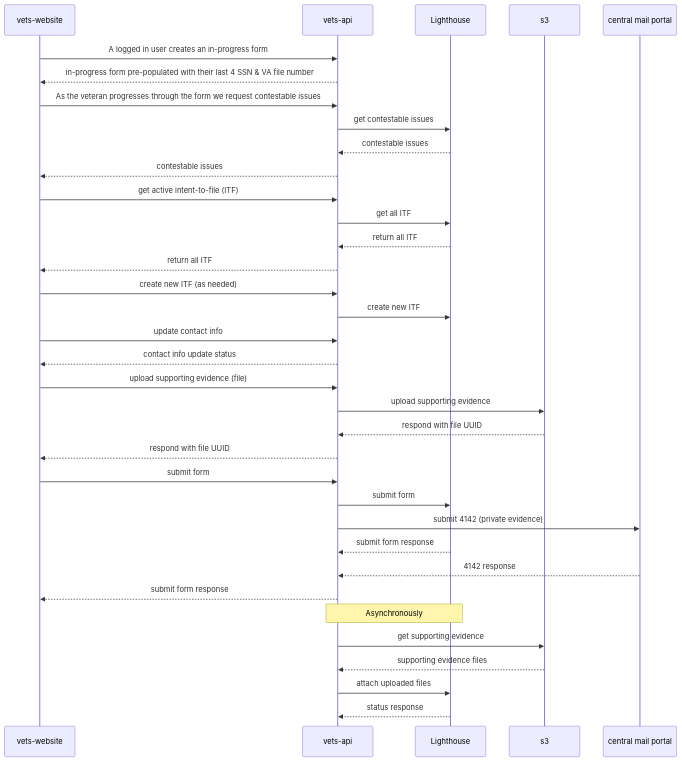
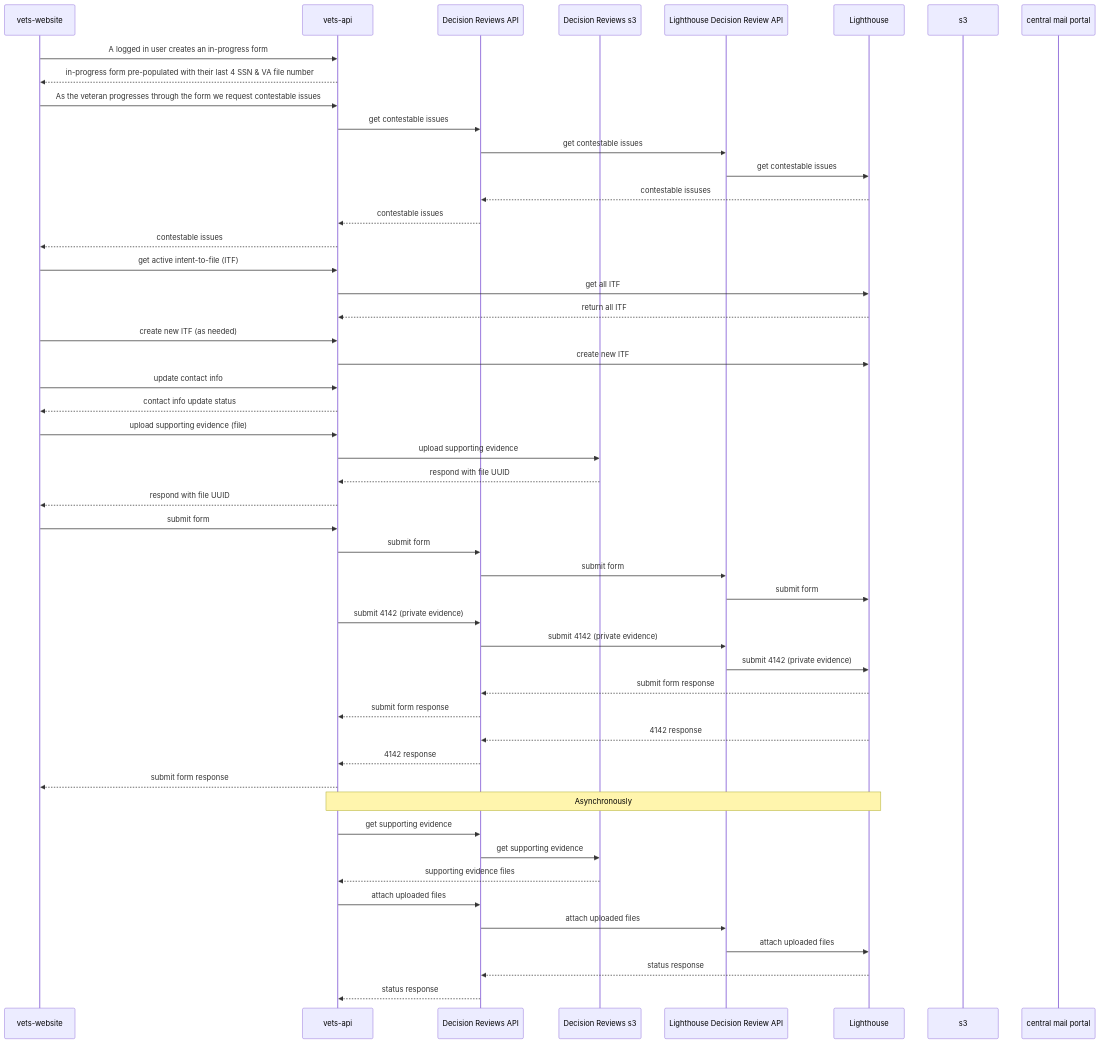
Before and after one commit to department-of-veterans-affairs/va.gov-team: the diagram in products/decision-reviews/Supplemental-Claims/engineering/SC_sequence_diagram.md, drawn with Mermaid. The commit also changed 2 other files, not shown here.

Commit message:
Update mermaid sequence diagram

````diff
--- a/products/decision-reviews/Supplemental-Claims/engineering/SC_sequence_diagram.md
+++ b/products/decision-reviews/Supplemental-Claims/engineering/SC_sequence_diagram.md
@@ -3,41 +3,64 @@
 ```mermaid
 sequenceDiagram
+  participant vets-website
+  participant vets-api
+  participant DecisionReviews as Decision Reviews API
+  participant DecisionReviewsS3 as Decision Reviews s3
+  participant LighthouseDr as Lighthouse Decision Review API
+  participant Lighthouse
+  participant s3
+  participant centralmail as central mail portal
 
-vets-website ->> vets-api: A logged in user creates an in-progress form
+  vets-website ->> vets-api: A logged in user creates an in-progress form
+  vets-api -->> vets-website: in-progress form pre-populated with their last 4 SSN & VA file number
 
-vets-api -->> vets-website: in-progress form pre-populated with their last 4 SSN & VA file number
+  vets-website ->> vets-api: As the veteran progresses through the form we request contestable issues
+  vets-api ->> DecisionReviews: get contestable issues
+  DecisionReviews ->> LighthouseDr: get contestable issues
+  LighthouseDr ->> Lighthouse: get contestable issues
 
-vets-website ->> vets-api: As the veteran progresses through the form we request contestable issues
-vets-api ->> Lighthouse: get contestable issues
-Lighthouse -->> vets-api: contestable issues
-vets-api -->> vets-website: contestable issues
+  Lighthouse -->> DecisionReviews: contestable issuses
+  DecisionReviews -->> vets-api: contestable issues
+  vets-api -->> vets-website: contestable issues
 
-vets-website ->> vets-api: get active intent-to-file (ITF)
-vets-api ->> Lighthouse: get all ITF
-Lighthouse -->> vets-api: return all ITF
-vets-api -->> vets-website: return all ITF
-vets-website ->> vets-api: create new ITF (as needed)
-vets-api ->> Lighthouse: create new ITF
+  vets-website ->> vets-api: get active intent-to-file (ITF)
+  vets-api ->> Lighthouse: get all ITF
+  Lighthouse -->> vets-api: return all ITF
 
-vets-website ->> vets-api: update contact info
-vets-api -->> vets-website: contact info update status
+  vets-website ->> vets-api: create new ITF (as needed)
 
-vets-website ->> vets-api: upload supporting evidence (file)
-vets-api ->> s3: upload supporting evidence
+  vets-api ->> Lighthouse: create new ITF
 
-s3 -->> vets-api: respond with file UUID
-vets-api -->> vets-website: respond with file UUID
+  vets-website ->> vets-api: update contact info
+  vets-api -->> vets-website: contact info update status
 
-vets-website ->> vets-api: submit form
-vets-api ->> Lighthouse: submit form
-vets-api ->> central mail portal: submit 4142 (private evidence)
-Lighthouse -->> vets-api: submit form response
-central mail portal -->> vets-api: 4142 response
-vets-api -->> vets-website: submit form response
+  vets-website ->> vets-api: upload supporting evidence (file)
+  vets-api ->> DecisionReviewsS3: upload supporting evidence
 
-note over vets-api,Lighthouse: Asynchronously
-vets-api ->> s3: get supporting evidence
-s3 -->> vets-api: supporting evidence files
-vets-api ->> Lighthouse: attach uploaded files
-Lighthouse -->> vets-api: status response
+  DecisionReviewsS3 -->> vets-api: respond with file UUID
+  vets-api -->> vets-website: respond with file UUID
+
+  vets-website ->> vets-api: submit form
+  vets-api ->> DecisionReviews: submit form
+  DecisionReviews ->> LighthouseDr: submit form
+  LighthouseDr ->> Lighthouse: submit form
+  vets-api ->> DecisionReviews: submit 4142 (private evidence)
+  DecisionReviews ->> LighthouseDr: submit 4142 (private evidence)
+  LighthouseDr ->> Lighthouse: submit 4142 (private evidence)
+
+  Lighthouse -->> DecisionReviews: submit form response
+  DecisionReviews -->> vets-api: submit form response
+  Lighthouse -->> DecisionReviews: 4142 response
+  DecisionReviews -->> vets-api: 4142 response
+  vets-api -->> vets-website: submit form response
+
+  note over vets-api,Lighthouse: Asynchronously
+  vets-api ->> DecisionReviews: get supporting evidence
+  DecisionReviews ->> DecisionReviewsS3: get supporting evidence
+  DecisionReviewsS3 -->> vets-api: supporting evidence files
+  vets-api ->> DecisionReviews: attach uploaded files
+  DecisionReviews ->> LighthouseDr: attach uploaded files
+  LighthouseDr ->> Lighthouse: attach uploaded files
+  Lighthouse -->> DecisionReviews: status response
+  DecisionReviews -->> vets-api: status response
 ```
````
